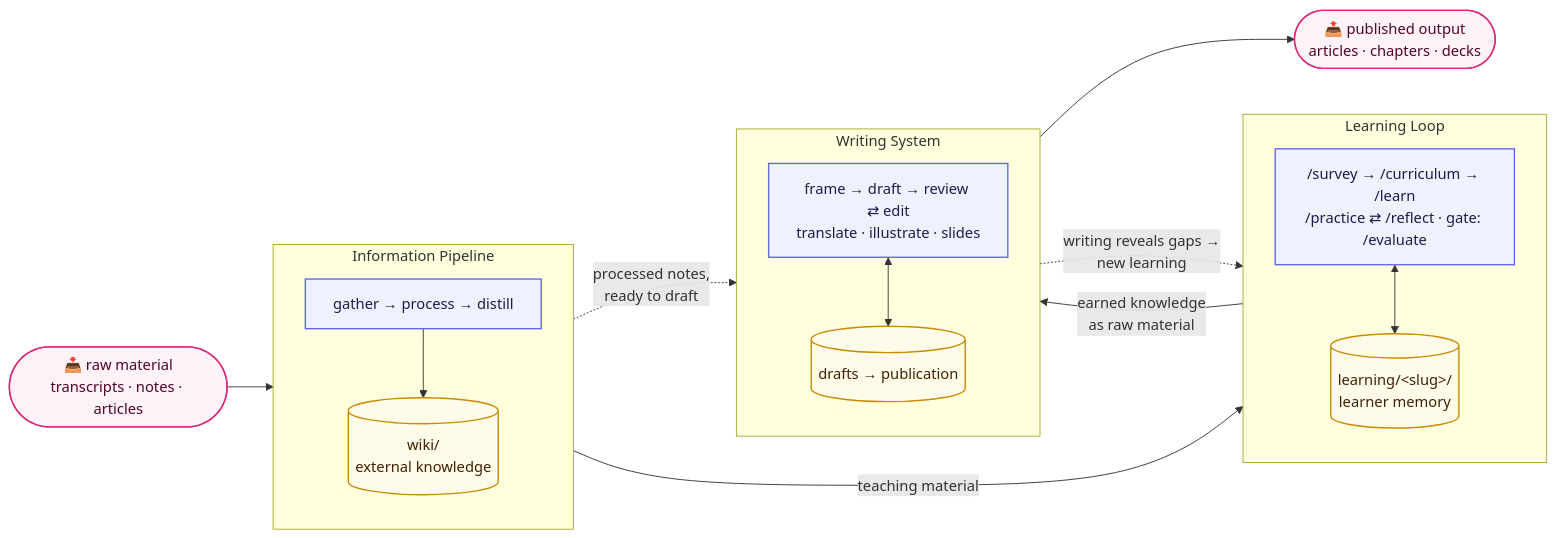
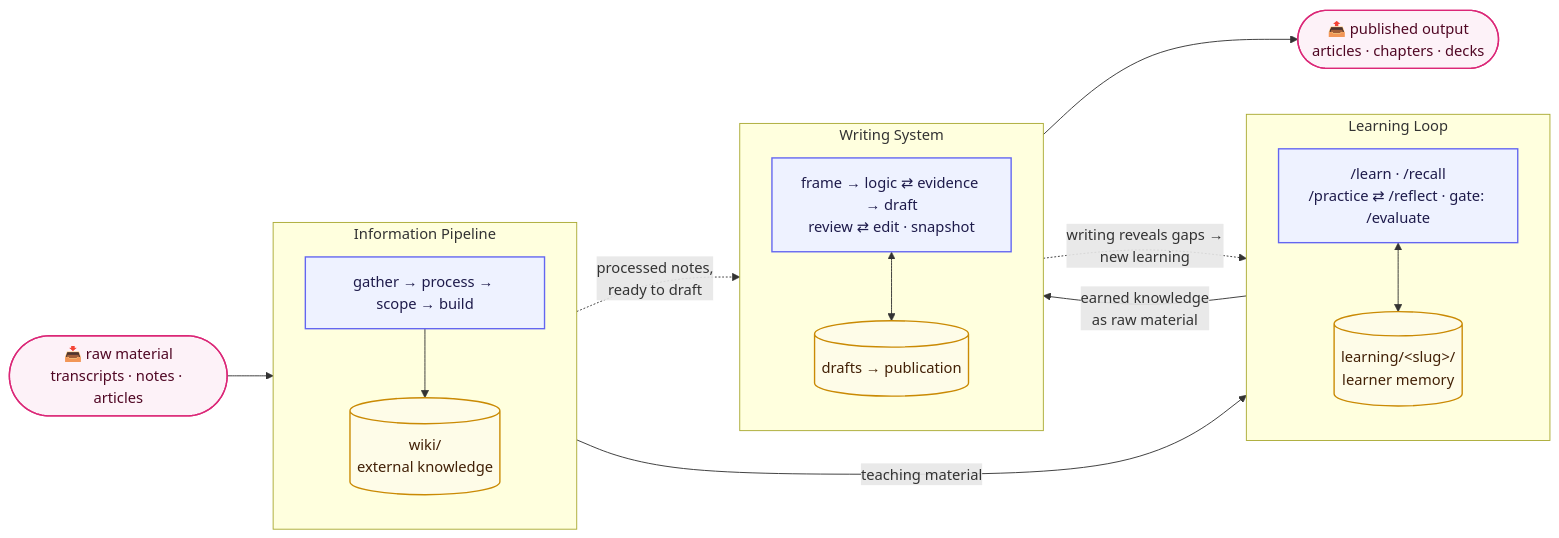
Before and after one commit to XinheLIU/Learning-OS: the diagram in README.md, drawn with Mermaid. The commit also changed other lines of this file and 81 other files, not shown here.

````diff
--- a/README.md
+++ b/README.md
@@ -40,40 +40,40 @@
 ```mermaid
 flowchart LR
     raw(["📥 raw material<br/>transcripts · notes · articles"])
     published(["📤 published output<br/>articles · chapters · decks"])
 
     subgraph pipeline["Information Pipeline"]
         direction TB
-        stages["gather → process → distill"]
+        stages["gather → process → scope → build"]
         wiki[("wiki/<br/>external knowledge")]
         stages --> wiki
     end
 
     subgraph learning["Learning Loop"]
         direction TB
-        loop["/survey → /curriculum → /learn<br/>/practice ⇄ /reflect · gate: /evaluate"]
+        loop["/learn · /recall<br/>/practice ⇄ /reflect · gate: /evaluate"]
         memory[("learning/&lt;slug&gt;/<br/>learner memory")]
         loop <--> memory
     end
 
     subgraph writing["Writing System"]
         direction TB
-        write["frame → draft → review ⇄ edit<br/>translate · illustrate · slides"]
+        write["frame → logic ⇄ evidence → draft<br/>review ⇄ edit · snapshot"]
         drafts[("drafts → publication")]
         write <--> drafts
     end
 
     raw --> pipeline
     wiki -- "teaching material" --> learning
     pipeline -. "processed notes,<br/>ready to draft" .-> writing
     memory -- "earned knowledge<br/>as raw material" --> writing
     writing -. "writing reveals gaps →<br/>new learning" .-> learning
     writing --> published
 
     classDef sys fill:#eef2ff,stroke:#6366f1,stroke-width:1.5px,color:#1e1b4b
     classDef store fill:#fefce8,stroke:#ca8a04,stroke-width:1.5px,color:#422006
     classDef entry fill:#fdf2f8,stroke:#db2777,stroke-width:1.5px,color:#500724
     class stages,loop,write sys
     class wiki,memory,drafts store
     class raw,published entry
 ```
````
